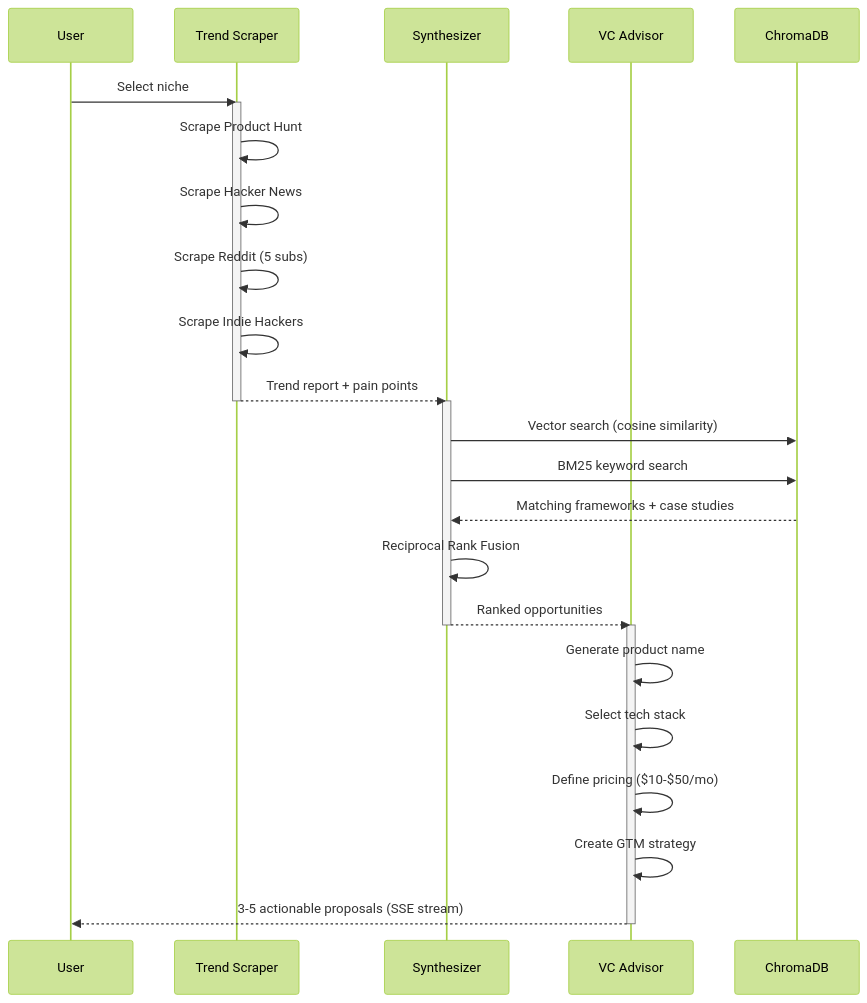
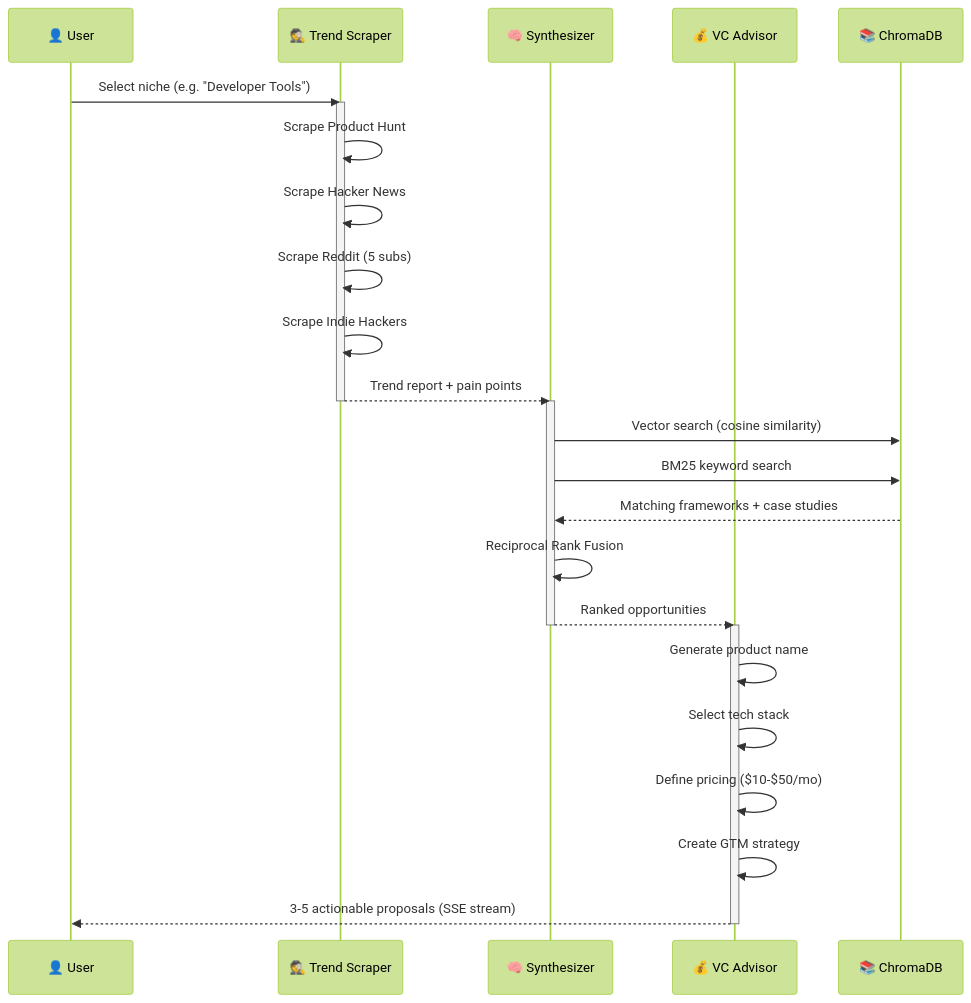
Before and after one commit to soumyachk101/IdeaForge: the second of 7 diagrams in README.md, drawn with Mermaid (forest theme). The commit also changed other lines of this file, not shown here.

````diff
--- a/README.md
+++ b/README.md
@@ -107,33 +91,33 @@
 ```mermaid
 sequenceDiagram
-    participant U as User
-    participant A1 as Trend Scraper
-    participant A2 as Synthesizer
-    participant A3 as VC Advisor
-    participant DB as ChromaDB
+    participant U as 👤 User
+    participant A1 as 🕵️ Trend Scraper
+    participant A2 as 🧠 Synthesizer
+    participant A3 as 💰 VC Advisor
+    participant DB as 📚 ChromaDB
 
-    U->>A1: Select niche
+    U->>A1: Select niche (e.g. "Developer Tools")
     activate A1
     A1->>A1: Scrape Product Hunt
     A1->>A1: Scrape Hacker News
     A1->>A1: Scrape Reddit (5 subs)
     A1->>A1: Scrape Indie Hackers
     A1-->>A2: Trend report + pain points
     deactivate A1
 
     activate A2
     A2->>DB: Vector search (cosine similarity)
     A2->>DB: BM25 keyword search
     DB-->>A2: Matching frameworks + case studies
     A2->>A2: Reciprocal Rank Fusion
     A2-->>A3: Ranked opportunities
     deactivate A2
 
     activate A3
     A3->>A3: Generate product name
     A3->>A3: Select tech stack
     A3->>A3: Define pricing ($10-$50/mo)
     A3->>A3: Create GTM strategy
     A3-->>U: 3-5 actionable proposals (SSE stream)
     deactivate A3
 ```
````
